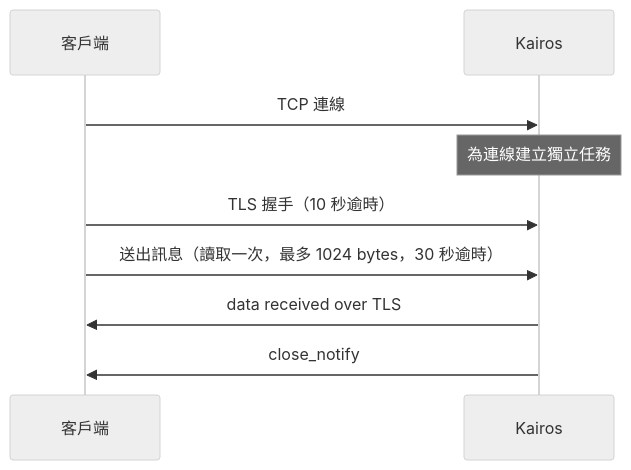
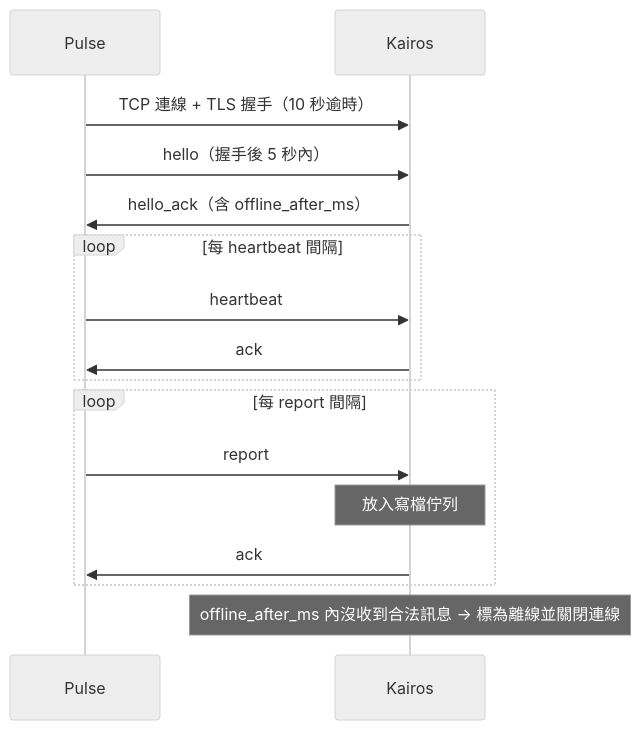
Before and after one commit to tenghongzou/kairos-pulse: the diagram in kairos/README.md, drawn with Mermaid (neutral theme). The commit also changed other lines of this file and 34 other files, not shown here.

First line of the commit message:
Implement Pulse agent protocol with mTLS, storage and graceful shutdown

````diff
--- a/kairos/README.md
+++ b/kairos/README.md
@@ -76,11 +304,18 @@
 ```mermaid
 sequenceDiagram
-    participant C as 客戶端
-    participant S as Kairos
-    C->>S: TCP 連線
-    Note over S: 為連線建立獨立任務
-    C->>S: TLS 握手（10 秒逾時）
-    C->>S: 送出訊息（讀取一次，最多 1024 bytes，30 秒逾時）
-    S->>C: data received over TLS
-    S->>C: close_notify
+    participant P as Pulse
+    participant K as Kairos
+    P->>K: TCP 連線 + TLS 握手（10 秒逾時）
+    P->>K: hello（握手後 5 秒內）
+    K->>P: hello_ack（含 offline_after_ms）
+    loop 每 heartbeat 間隔
+        P->>K: heartbeat
+        K->>P: ack
+    end
+    loop 每 report 間隔
+        P->>K: report
+        Note over K: 放入寫檔佇列
+        K->>P: ack
+    end
+    Note over K: offline_after_ms 內沒收到合法訊息 → 標為離線並關閉連線
 ```
````
